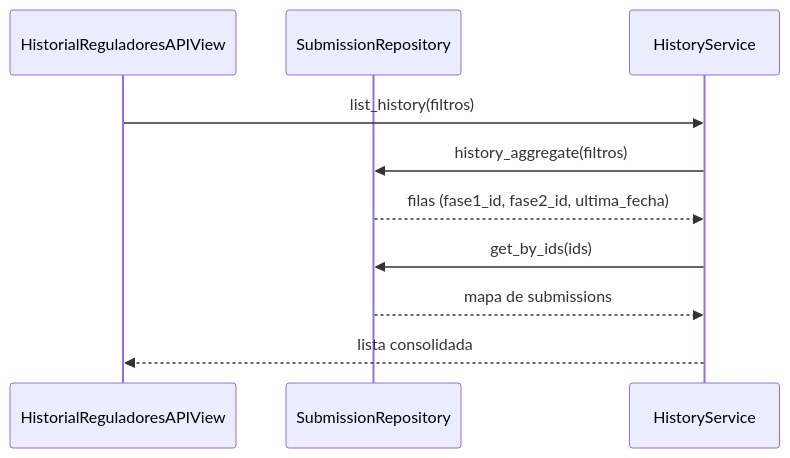
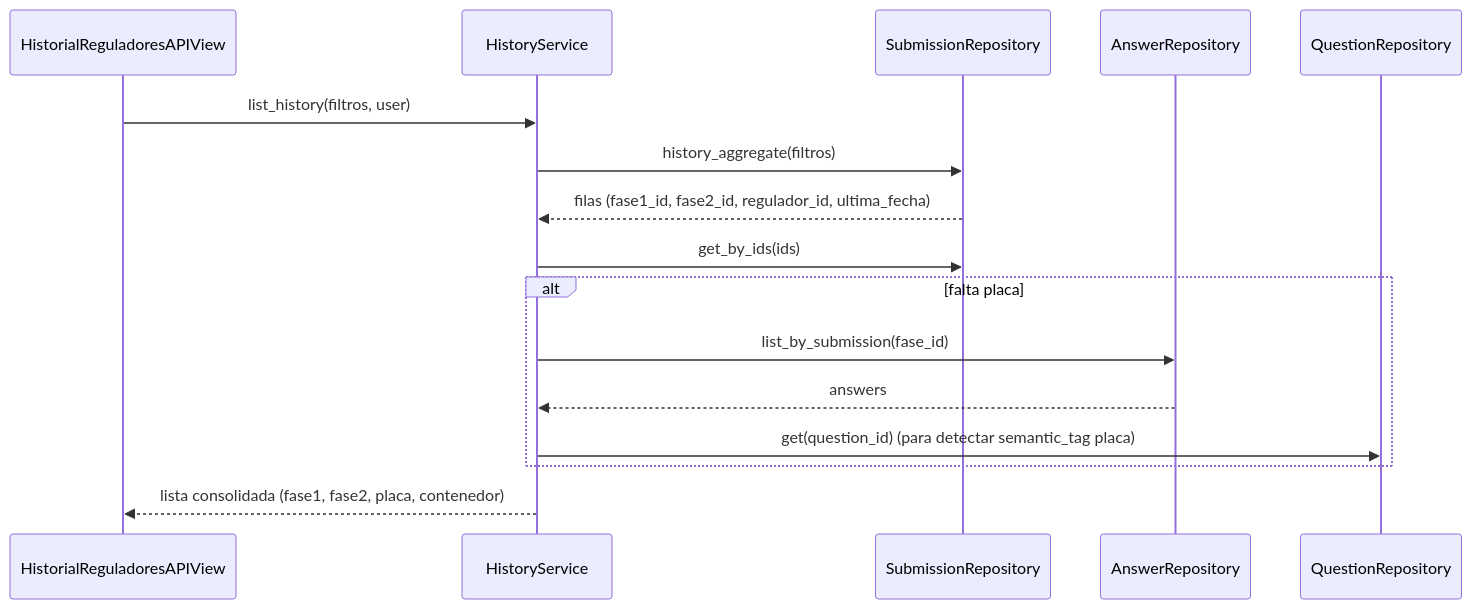
Before and after one commit to practicantealmacenamiento/SIGIM: the fifth of 5 diagrams in BACK_FormContainers/docs/05_Arquitectura_y_Disenio/Diagramas_y_Modelos.md, drawn with Mermaid. The commit also changed other lines of this file and 76 other files, not shown here.

````diff
--- a/BACK_FormContainers/docs/05_Arquitectura_y_Disenio/Diagramas_y_Modelos.md
+++ b/BACK_FormContainers/docs/05_Arquitectura_y_Disenio/Diagramas_y_Modelos.md
@@ -92,13 +126,19 @@
 ```mermaid
 sequenceDiagram
     participant View as HistorialReguladoresAPIView
+    participant Service as HistoryService
     participant Repo as SubmissionRepository
-    participant Service as HistoryService
+    participant AnswerRepo as AnswerRepository
+    participant QuestionRepo as QuestionRepository
 
-    View->>Service: list_history(filtros)
+    View->>Service: list_history(filtros, user)
     Service->>Repo: history_aggregate(filtros)
-    Repo-->>Service: filas (fase1_id, fase2_id, ultima_fecha)
+    Repo-->>Service: filas (fase1_id, fase2_id, regulador_id, ultima_fecha)
     Service->>Repo: get_by_ids(ids)
-    Repo-->>Service: mapa de submissions
-    Service-->>View: lista consolidada
+    alt falta placa
+        Service->>AnswerRepo: list_by_submission(fase_id)
+        AnswerRepo-->>Service: answers
+        Service->>QuestionRepo: get(question_id) (para detectar semantic_tag placa)
+    end
+    Service-->>View: lista consolidada (fase1, fase2, placa, contenedor)
 ```
````
